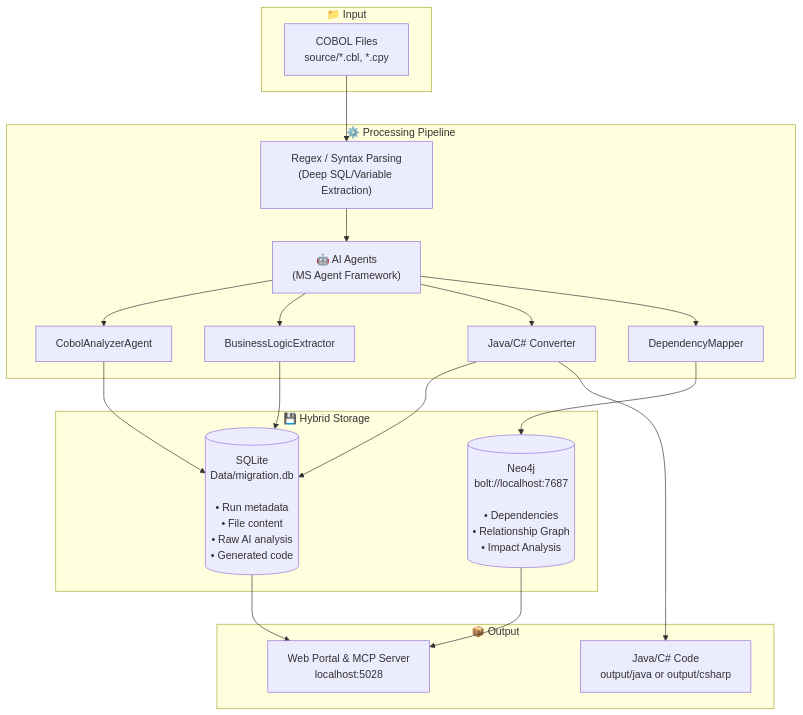
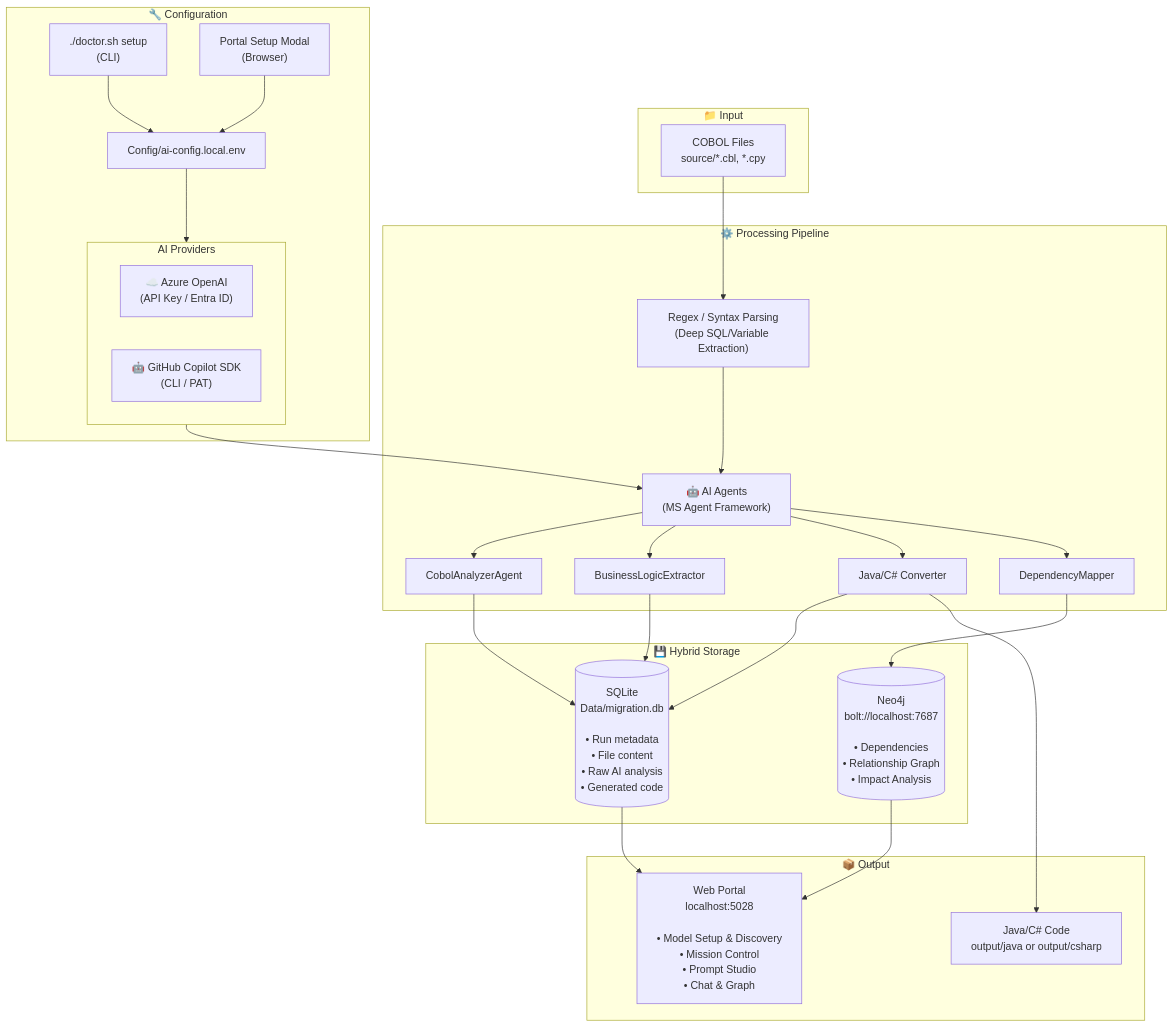
Before and after one commit to Azure-Samples/Legacy-Modernization-Agents: the first of 6 diagrams in README.md, drawn with Mermaid. The commit also changed other lines of this file and 29 other files, not shown here.

First line of the commit message:
feat: portal-based AI provider setup with model discovery

````diff
--- a/README.md
+++ b/README.md
@@ -503,42 +503,55 @@
 ```mermaid
 flowchart TB
     subgraph INPUT["📁 Input"]
         COBOL["COBOL Files<br/>source/*.cbl, *.cpy"]
     end
     
+    subgraph CONFIG["🔧 Configuration"]
+        SETUP_CLI["./doctor.sh setup<br/>(CLI)"]
+        SETUP_PORTAL["Portal Setup Modal<br/>(Browser)"]
+        SETUP_CLI --> CONFIG_FILE["Config/ai-config.local.env"]
+        SETUP_PORTAL --> CONFIG_FILE
+        CONFIG_FILE --> PROVIDERS
+        subgraph PROVIDERS["AI Providers"]
+            AZURE["☁️ Azure OpenAI<br/>(API Key / Entra ID)"]
+            COPILOT["🤖 GitHub Copilot SDK<br/>(CLI / PAT)"]
+        end
+    end
+
     subgraph PROCESS["⚙️ Processing Pipeline"]
         REGEX["Regex / Syntax Parsing<br/>(Deep SQL/Variable Extraction)"]
         AGENTS["🤖 AI Agents<br/>(MS Agent Framework)"]
         ANALYZER["CobolAnalyzerAgent"]
         EXTRACTOR["BusinessLogicExtractor"]
         CONVERTER["Java/C# Converter"]
         MAPPER["DependencyMapper"]
     end
     
     subgraph STORAGE["💾 Hybrid Storage"]
         SQLITE[("SQLite<br/>Data/migration.db<br/><br/>• Run metadata<br/>• File content<br/>• Raw AI analysis<br/>• Generated code")]
         NEO4J[("Neo4j<br/>bolt://localhost:7687<br/><br/>• Dependencies<br/>• Relationship Graph<br/>• Impact Analysis")]
     end
     
     subgraph OUTPUT["📦 Output"]
         CODE["Java/C# Code<br/>output/java or output/csharp"]
-        PORTAL["Web Portal & MCP Server<br/>localhost:5028"]
+        PORTAL["Web Portal<br/>localhost:5028<br/><br/>• Model Setup &amp; Discovery<br/>• Mission Control<br/>• Prompt Studio<br/>• Chat &amp; Graph"]
     end
     
     COBOL --> REGEX
     REGEX --> AGENTS
+    PROVIDERS --> AGENTS
     
     AGENTS --> ANALYZER
     AGENTS --> EXTRACTOR
     AGENTS --> CONVERTER
     AGENTS --> MAPPER
     
     ANALYZER --> SQLITE
     EXTRACTOR --> SQLITE
     CONVERTER --> SQLITE
     CONVERTER --> CODE
     MAPPER --> NEO4J
     
     SQLITE --> PORTAL
     NEO4J --> PORTAL
 ```
````
